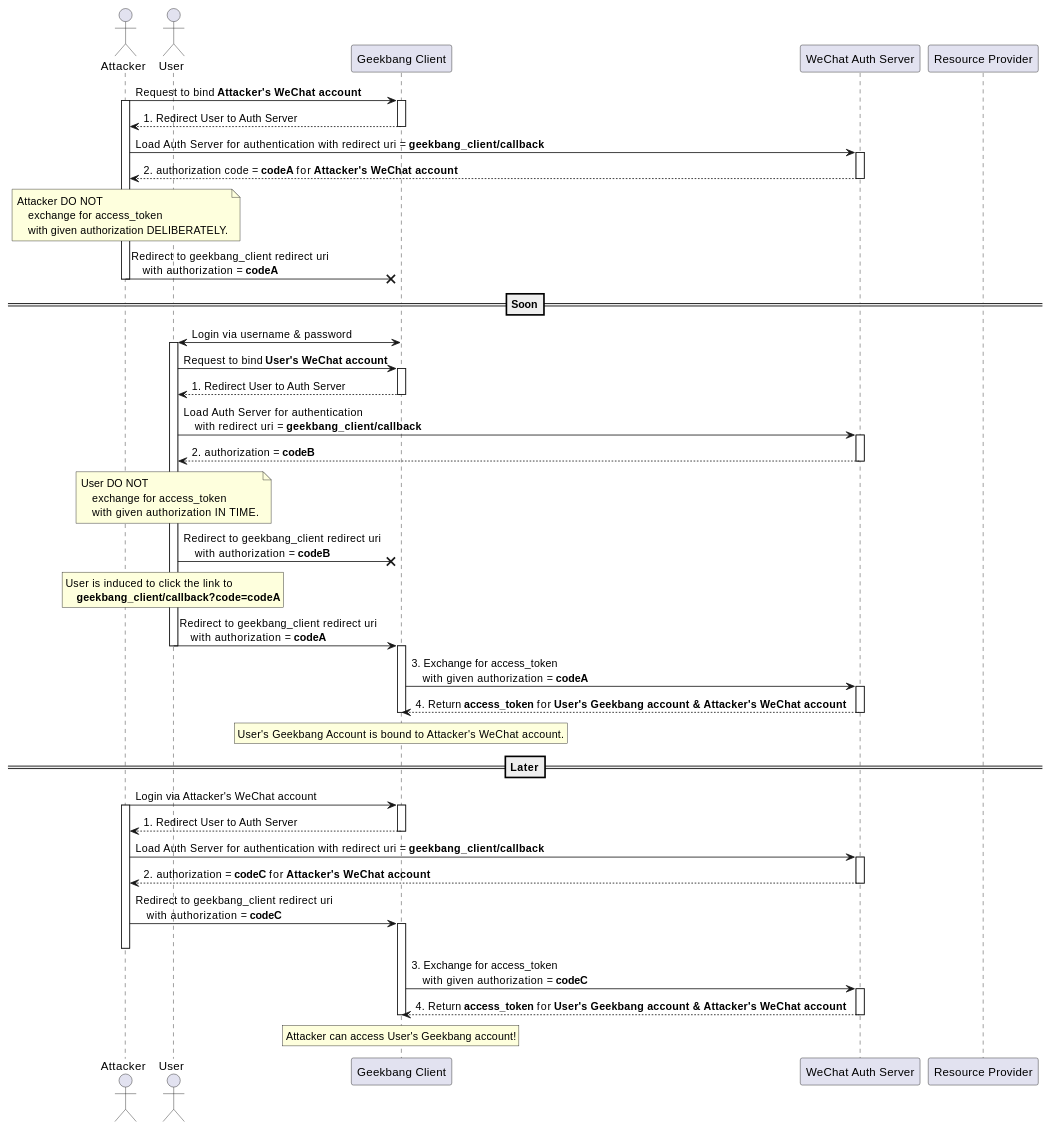
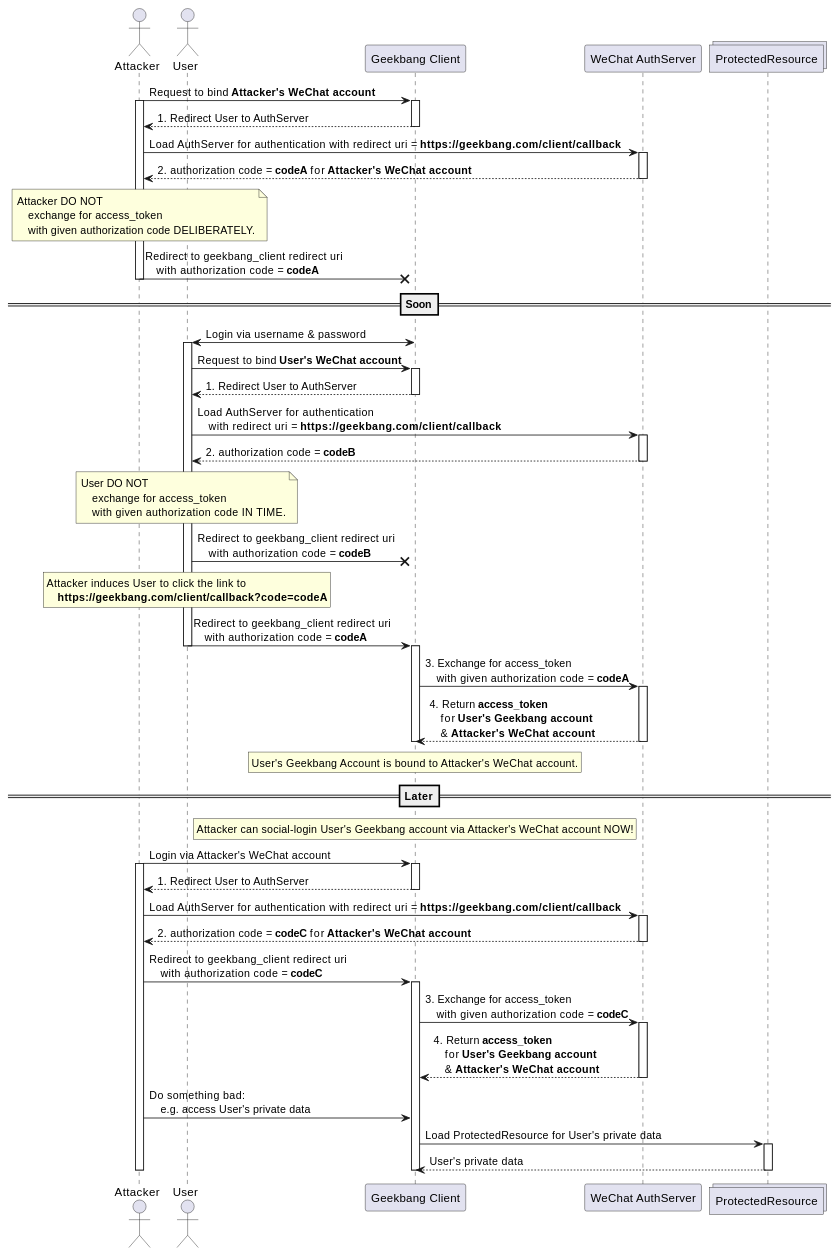
Before and after one commit to IceHe/lib: the first of 2 diagrams in auth/csrf-attack-on-oauth.md, drawn with PlantUML. The commit also changed other lines of this file, not shown here.

Commit message:
2021-11-04 20:36:10 Thu

````diff
--- a/auth/csrf-attack-on-oauth.md
+++ b/auth/csrf-attack-on-oauth.md
@@ -10,28 +10,28 @@
 actor user as "User"
 
 participant geekbang_client as "Geekbang Client"
+participant auth_server as "WeChat AuthServer"
 
-participant auth_serv as "WeChat Auth Server"
-participant protected_res as "Resource Provider"
+collections protected_resource as "ProtectedResource"
 
 attacker -> geekbang_client: Request to bind **Attacker's WeChat account**
 activate attacker
 activate geekbang_client
-attacker <-- geekbang_client: 1. Redirect User to Auth Server
+attacker <-- geekbang_client: 1. Redirect User to AuthServer
 deactivate geekbang_client
 
-attacker -> auth_serv: Load Auth Server for authentication with redirect uri = **geekbang_client/callback**
-activate auth_serv
-attacker <-- auth_serv: 2. authorization code = **codeA** for **Attacker's WeChat account**
-deactivate auth_serv
+attacker -> auth_server: Load AuthServer for authentication with redirect uri = **https://geekbang.com/client/callback**
+activate auth_server
+attacker <-- auth_server: 2. authorization code = **codeA** for **Attacker's WeChat account**
+deactivate auth_server
 
 note over attacker
     Attacker DO NOT
         exchange for access_token
-        with given authorization DELIBERATELY.
+        with given authorization code DELIBERATELY.
 endrnote
 
-attacker -x geekbang_client: Redirect to geekbang_client redirect uri \n    with authorization = **codeA**
+attacker -x geekbang_client: Redirect to geekbang_client redirect uri \n    with authorization code = **codeA**
 deactivate attacker
 
 ==Soon==
@@ -40,35 +40,35 @@
 activate user
 user -> geekbang_client: Request to bind **User's WeChat account**
 activate geekbang_client
-user <-- geekbang_client: 1. Redirect User to Auth Server
+user <-- geekbang_client: 1. Redirect User to AuthServer
 deactivate geekbang_client
 
-user -> auth_serv: Load Auth Server for authentication \n    with redirect uri = **geekbang_client/callback**
-activate auth_serv
-user <-- auth_serv: 2. authorization = **codeB**
-deactivate auth_serv
+user -> auth_server: Load AuthServer for authentication \n    with redirect uri = **https://geekbang.com/client/callback**
+activate auth_server
+user <-- auth_server: 2. authorization code = **codeB**
+deactivate auth_server
 
 note over user
     User DO NOT
         exchange for access_token
-        with given authorization IN TIME.
+        with given authorization code IN TIME.
 endrnote
 
-user -x geekbang_client: Redirect to geekbang_client redirect uri \n    with authorization = **codeB**
+user -x geekbang_client: Redirect to geekbang_client redirect uri \n    with authorization code = **codeB**
 
 rnote over user
-    User is induced to click the link to
-        **geekbang_client/callback?code=codeA**
+    Attacker induces User to click the link to
+        **https://geekbang.com/client/callback?code=codeA**
 endrnote
 
-user -> geekbang_client: Redirect to geekbang_client redirect uri \n    with authorization = **codeA**
+user -> geekbang_client: Redirect to geekbang_client redirect uri \n    with authorization code = **codeA**
 deactivate user
 activate geekbang_client
 
-geekbang_client -> auth_serv: 3. Exchange for access_token \n    with given authorization = **codeA**
-activate auth_serv
-geekbang_client <-- auth_serv: 4. Return **access_token** for **User's Geekbang account & Attacker's WeChat account**
-deactivate auth_serv
+geekbang_client -> auth_server: 3. Exchange for access_token \n    with given authorization code = **codeA**
+activate auth_server
+geekbang_client <-- auth_server: 4. Return **access_token** \n    for **User's Geekbang account** \n    & **Attacker's WeChat account**
+deactivate auth_server
 deactivate geekbang_client
 
 rnote over geekbang_client
@@ -77,30 +77,36 @@
 
 ==Later==
 
+rnote over geekbang_client
+    Attacker can social-login User's Geekbang account via Attacker's WeChat account NOW!
+endrnote
+
 attacker -> geekbang_client: Login via Attacker's WeChat account
 activate attacker
 activate geekbang_client
-attacker <-- geekbang_client: 1. Redirect User to Auth Server
+attacker <-- geekbang_client: 1. Redirect User to AuthServer
 deactivate geekbang_client
 
-attacker -> auth_serv: Load Auth Server for authentication with redirect uri = **geekbang_client/callback**
-activate auth_serv
-attacker <-- auth_serv: 2. authorization = **codeC** for **Attacker's WeChat account**
-deactivate auth_serv
+attacker -> auth_server: Load AuthServer for authentication with redirect uri = **https://geekbang.com/client/callback**
+activate auth_server
+attacker <-- auth_server: 2. authorization code = **codeC** for **Attacker's WeChat account**
+deactivate auth_server
 
-attacker -> geekbang_client: Redirect to geekbang_client redirect uri \n    with authorization = **codeC**
+attacker -> geekbang_client: Redirect to geekbang_client redirect uri \n    with authorization code = **codeC**
 activate geekbang_client
+
+geekbang_client -> auth_server: 3. Exchange for access_token \n    with given authorization code = **codeC**
+activate auth_server
+geekbang_client <-- auth_server: 4. Return **access_token** \n    for **User's Geekbang account** \n    & **Attacker's WeChat account**
+deactivate auth_server
+
+attacker -> geekbang_client: Do something bad: \n    e.g. access User's private data
+geekbang_client -> protected_resource: Load ProtectedResource for User's private data
+activate protected_resource
+geekbang_client <-- protected_resource: User's private data
+deactivate protected_resource
+deactivate geekbang_client
 deactivate attacker
-
-geekbang_client -> auth_serv: 3. Exchange for access_token \n    with given authorization = **codeC**
-activate auth_serv
-geekbang_client <-- auth_serv: 4. Return **access_token** for **User's Geekbang account & Attacker's WeChat account**
-deactivate auth_serv
-deactivate geekbang_client
-
-rnote over geekbang_client
-    Attacker can access User's Geekbang account!
-endrnote
 
 @enduml
 ```
````
